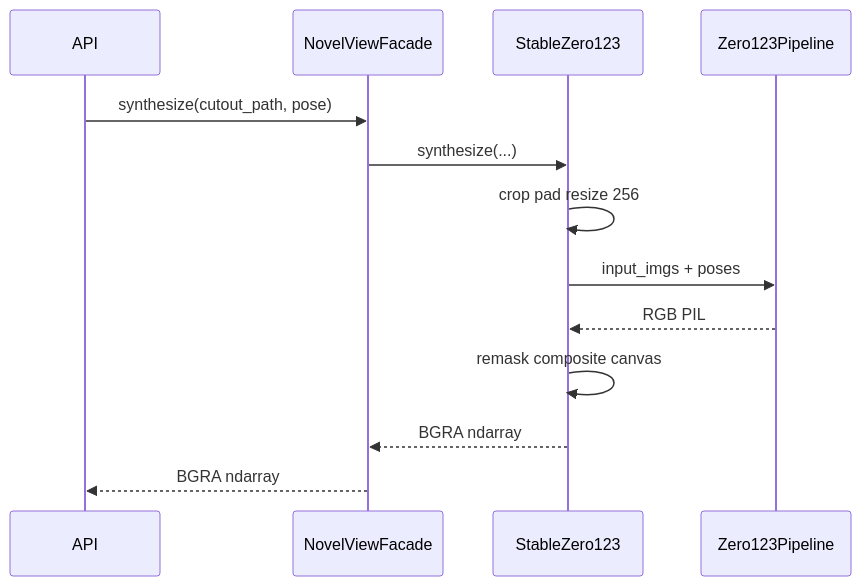
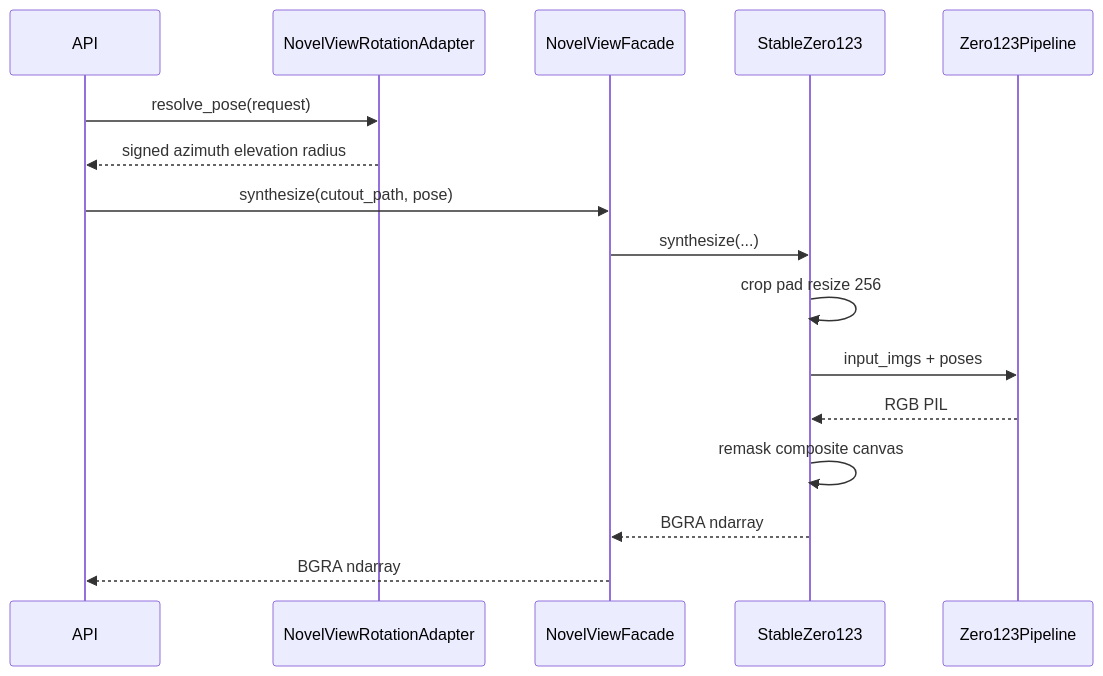
One commit to 1mache/avroom changed the diagram in docs/ai-pipeline/ai-engines/novel-view/flow.md. Above: the diagram before and after it, drawn with Mermaid. The commit also changed other lines of this file and 10 other files, not shown here.

First line of the commit message:
Add novel-view pose direction adapter and wire it into FastAPI.

````diff
--- a/docs/ai-pipeline/ai-engines/novel-view/flow.md
+++ b/docs/ai-pipeline/ai-engines/novel-view/flow.md
@@ -16,16 +17,19 @@
 ```mermaid
 sequenceDiagram
   participant API
+  participant Adapter as NovelViewRotationAdapter
   participant Facade as NovelViewFacade
   participant Strategy as StableZero123
   participant Model as Zero123Pipeline
 
+  API->>Adapter: resolve_pose(request)
+  Adapter-->>API: signed azimuth elevation radius
   API->>Facade: synthesize(cutout_path, pose)
   Facade->>Strategy: synthesize(...)
   Strategy->>Strategy: crop pad resize 256
   Strategy->>Model: input_imgs + poses
   Model-->>Strategy: RGB PIL
   Strategy->>Strategy: remask composite canvas
   Strategy-->>Facade: BGRA ndarray
   Facade-->>API: BGRA ndarray
 ```
````
